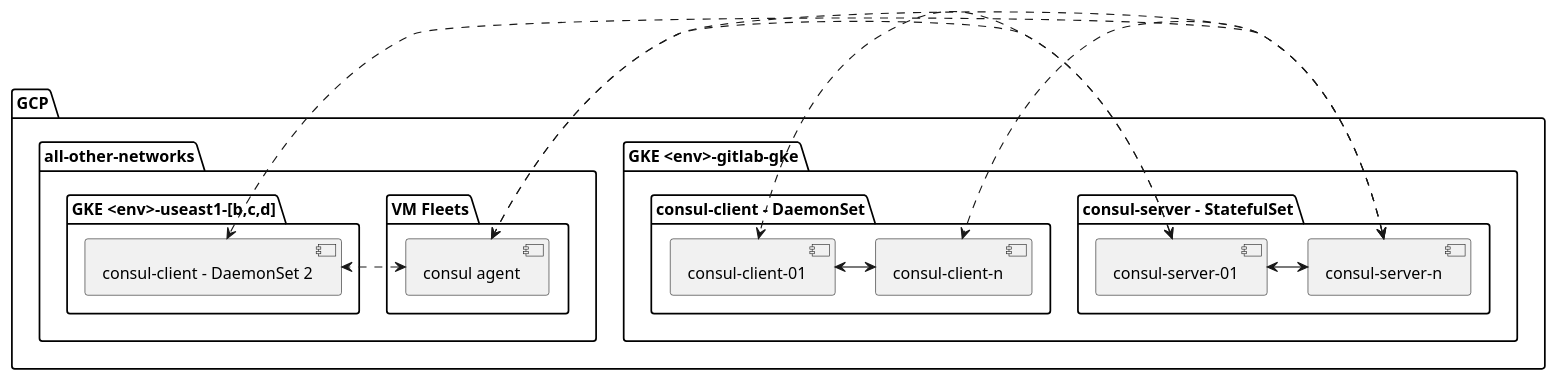
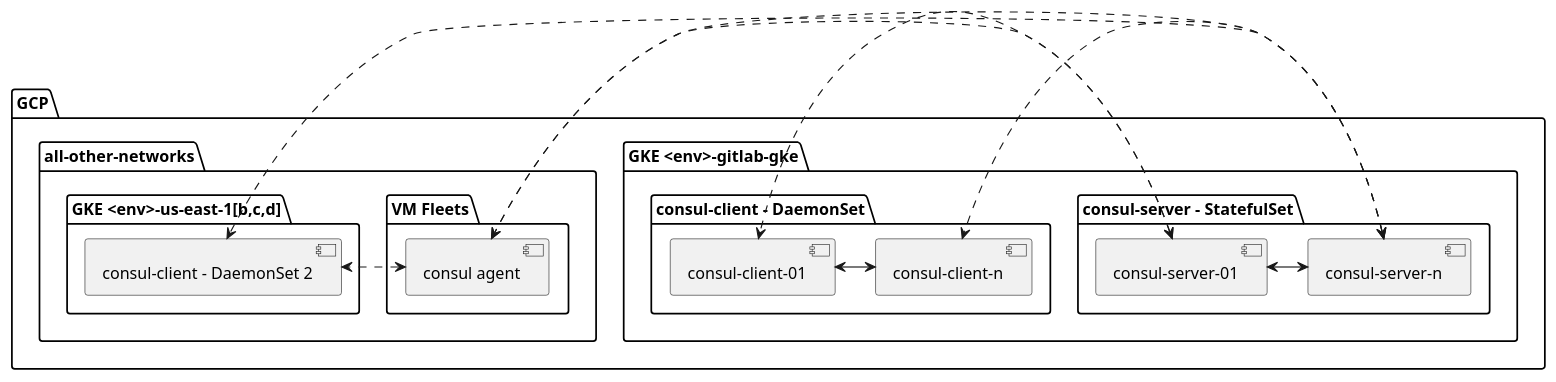
The diagram in docs/consul/README.md (mattrussi/gitlab-com-runbooks), drawn with PlantUML before and after one commit. The commit also changed other lines of this file, not shown here.

````diff
--- a/docs/consul/README.md
+++ b/docs/consul/README.md
@@ -73,39 +72,39 @@
 ```plantuml
 @startuml
 
 package "GCP" {
   package "GKE <env>-gitlab-gke" {
     package "consul-server - StatefulSet" {
       [consul-server-01]
       [consul-server-n]
     }
     package "consul-client - DaemonSet" {
       [consul-client-01]
       [consul-client-n]
     }
   }
-  
+
   package "all-other-networks" {
     package "VM Fleets" {
       [consul agent]
     }
-    package "GKE <env>-useast1-[b,c,d]" {
+    package "GKE <env>-us-east-1[b,c,d]" {
       [consul-client - DaemonSet 2]
     }
   }
 }
 
 [consul-server-01] <-> [consul-server-n]
 [consul-client-01] <-> [consul-client-n]
 
 [consul-server-01] <.> [consul-client-01]
 
 [consul-server-n] <.> [consul-client-n]
 [consul-server-n] <.> [consul-client - DaemonSet 2]
 [consul agent] <.> [consul-client - DaemonSet 2]
 
 [consul-server-01] <.> [consul agent]
 [consul-server-n] <.> [consul agent]
 
 @enduml
 ```
````
